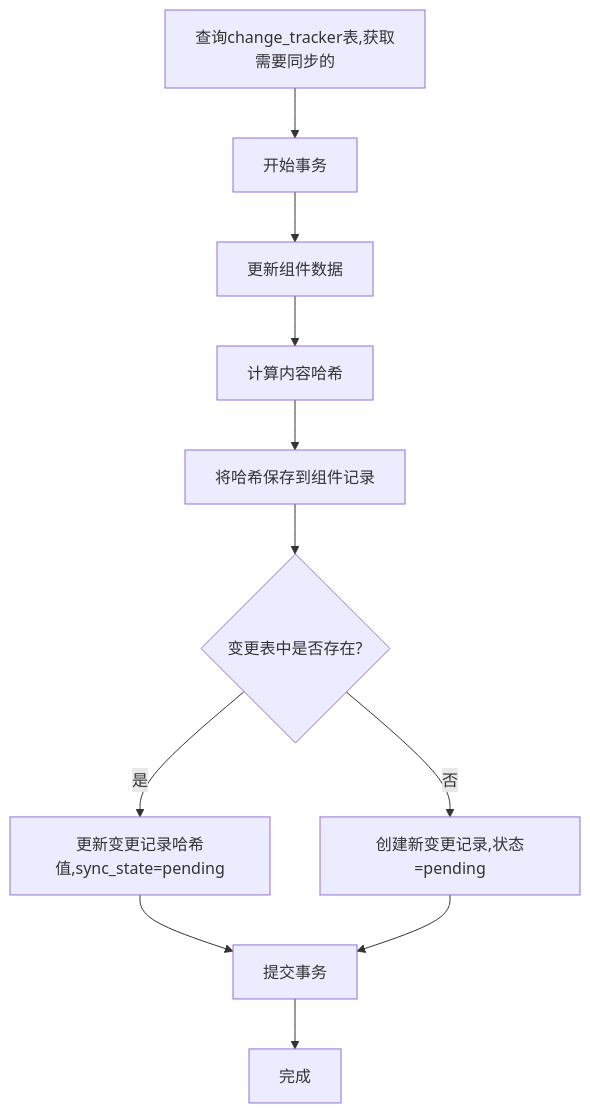
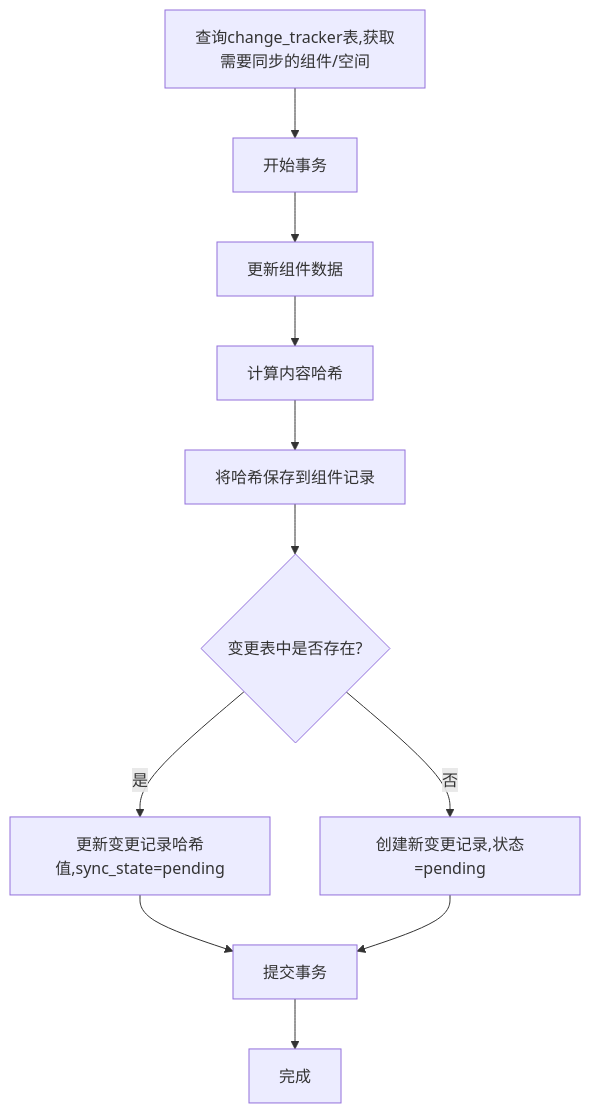
The diagram in all/未命名-43.md (yingjianzh/iodraw-files), drawn with Mermaid before and after one commit.

Commit message:
2025-04-25 18:12:29 update

````diff
--- a/all/未命名-43.md
+++ b/all/未命名-43.md
@@ -1,17 +1,17 @@
 ```mermaid
 
 flowchart TD
-    Start[查询change_tracker表,获取需要同步的] --> StartTransaction[开始事务]
+    Start[查询change_tracker表,获取需要同步的组件/空间] --> StartTransaction[开始事务]
     StartTransaction --> UpdateComponent[更新组件数据]
     UpdateComponent --> CalcHash[计算内容哈希]
     CalcHash --> SaveHash[将哈希保存到组件记录]
     SaveHash --> CheckExists{变更表中是否存在?}
     
     CheckExists -- 是 --> UpdateChange[更新变更记录哈希值,sync_state=pending]
     CheckExists -- 否 --> CreateChange[创建新变更记录,状态=pending]
     
     UpdateChange --> CommitTransaction[提交事务]
     CreateChange --> CommitTransaction
     CommitTransaction --> End[完成]
 
 ```
````
